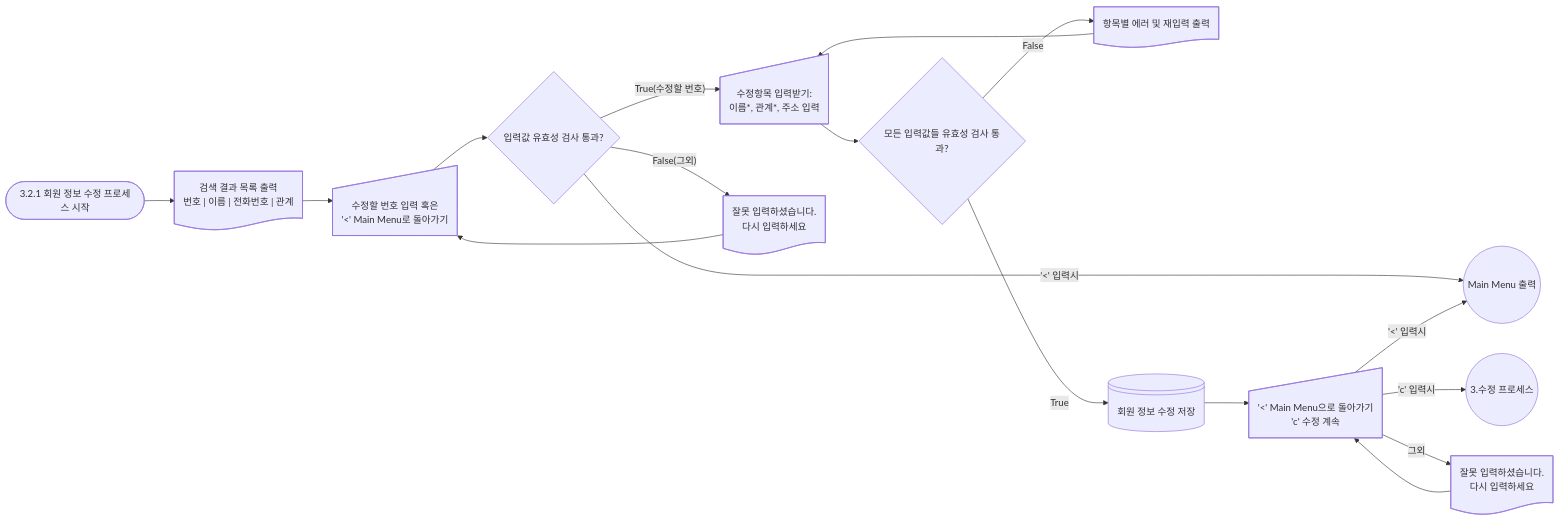
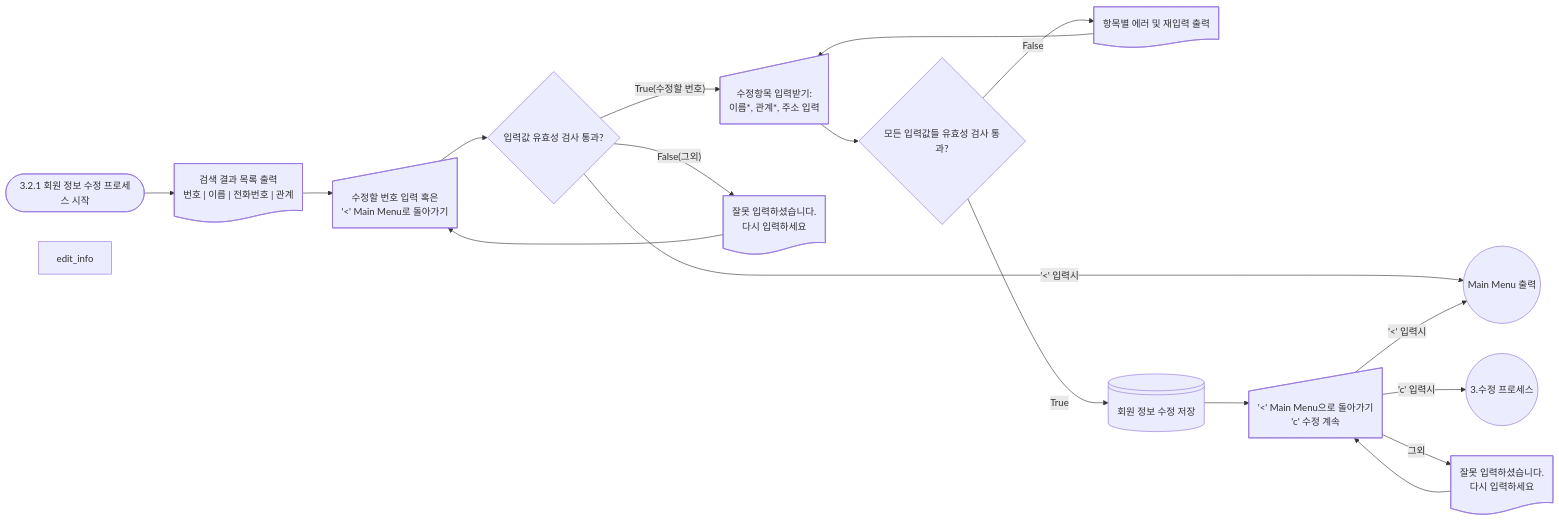
One commit to Happy-o3ov/big20-python-project1-team3 changed the diagram in docs/1stSubject_flowchart03_update_3.2.1-updatingProcess.md. Above: the diagram before and after it, drawn with Mermaid. The commit also changed 5 other files, not shown here.

````diff
--- a/docs/1stSubject_flowchart03_update_3.2.1-updatingProcess.md
+++ b/docs/1stSubject_flowchart03_update_3.2.1-updatingProcess.md
@@ -2,28 +2,28 @@
 ```mermaid
 graph LR
   %% style inputViewNum fill:#FFCC00,stroke:#999,stroke-width:2px,color:#000 
   UpdateAItem([ 3.2.1 회원 정보 수정 프로세스 시작 ]) 
     UpdateAItem --> searchResultList@{ shape: doc, label: "검색 결과 목록 출력 <br> 번호 | 이름 | 전화번호 | 관계 " }  
     searchResultList --> inputViewNum@{ shape: sl-rect, label: "수정할 번호 입력 혹은 <br>'<' Main Menu로 돌아가기"};
-
+edit_info
     inputViewNum --> inputValidation{입력값 유효성 검사 통과? };
     inputValidation -- True(수정할 번호) --> inputUpdateItems@{ shape: sl-rect, label: "수정항목 입력받기: <br> 이름*, 관계*, 주소 입력"}    
       inputUpdateItems --> validationItems{ 모든 입력값들 유효성 검사 통과? };
     inputValidation -- False(그외) --> errorInputPrint@{ shape: doc, label: "잘못 입력하셨습니다. <br> 다시 입력하세요"};
       errorInputPrint --> inputViewNum
     inputValidation -- '<' 입력시 --> Menu((Main Menu))          
     validationItems -- False --> printError@{ shape: doc, label: "항목별 에러 및 재입력 출력"};
       printError --> inputUpdateItems;  
     %% validationItems -- True --> checkDuplication[중복확인]
     %% checkDuplication --> duplJudge{ 입력받은 전화번호가 기 등록되어 있는가? };  
     %% duplJudge -- True --> printError2@{ shape: doc, label: "기등록 메시지 출력"};
-    %%  printError2 --> subMenu;
+    %%  printError2 --> actionAfterEditOK;
     %% duplJudge -- False --> updateInfo@{ shape: lin-cyl, label: "회원 정보 수정 저장" };
       validationItems -- True --> updateInfo@{ shape: lin-cyl, label: "회원 정보 수정 저장" };
-      updateInfo --> subMenu@{ shape: sl-rect, label: "'<' Main Menu으로 돌아가기 <br> 'c' 수정 계속"};
-      subMenu -- '<' 입력시 --> Menu((Main Menu 출력));
-      subMenu -- 'c' 입력시 --> Update(( 3.수정 프로세스));
-      subMenu -- 그외 --> errorInputPrint2@{ shape: doc, label: "잘못 입력하셨습니다. <br> 다시 입력하세요"};
-                          errorInputPrint2 --> subMenu;        
+      updateInfo --> actionAfterEditOK@{ shape: sl-rect, label: "'<' Main Menu으로 돌아가기 <br> 'c' 수정 계속"};
+      actionAfterEditOK -- '<' 입력시 --> Menu((Main Menu 출력));
+      actionAfterEditOK -- 'c' 입력시 --> Update(( 3.수정 프로세스));
+      actionAfterEditOK -- 그외 --> errorInputPrint2@{ shape: doc, label: "잘못 입력하셨습니다. <br> 다시 입력하세요"};
+                          errorInputPrint2 --> actionAfterEditOK;        
    
  ```
````
